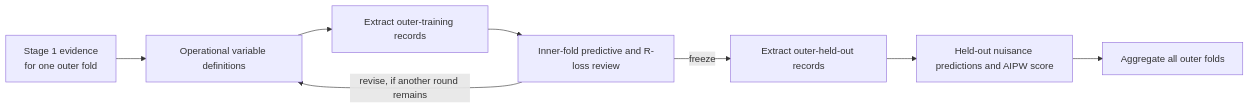
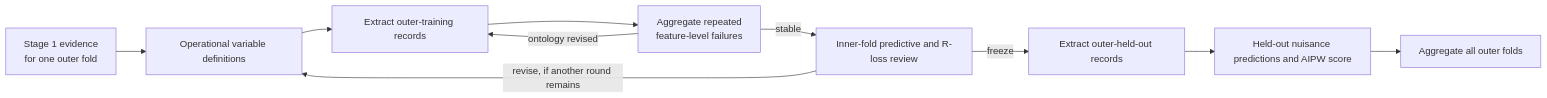
The third of 3 diagrams in README.md (kenlkehl/causal-dragonnet-text), drawn with Mermaid before and after one commit. The commit also changed other lines of this file and 8 other files, not shown here.

````diff
--- a/README.md
+++ b/README.md
@@ -739,10 +767,12 @@
 ```mermaid
 flowchart LR
     A["Stage 1 evidence<br/>for one outer fold"] --> B["Operational variable definitions"]
     B --> C["Extract outer-training records"]
-    C --> D["Inner-fold predictive and R-loss review"]
+    C --> H["Aggregate repeated<br/>feature-level failures"]
+    H -->|"ontology revised"| C
+    H -->|"stable"| D["Inner-fold predictive and R-loss review"]
     D -->|"revise, if another round remains"| B
     D -->|"freeze"| E["Extract outer-held-out records"]
     E --> F["Held-out nuisance predictions and AIPW score"]
     F --> G["Aggregate all outer folds"]
 ```
````
